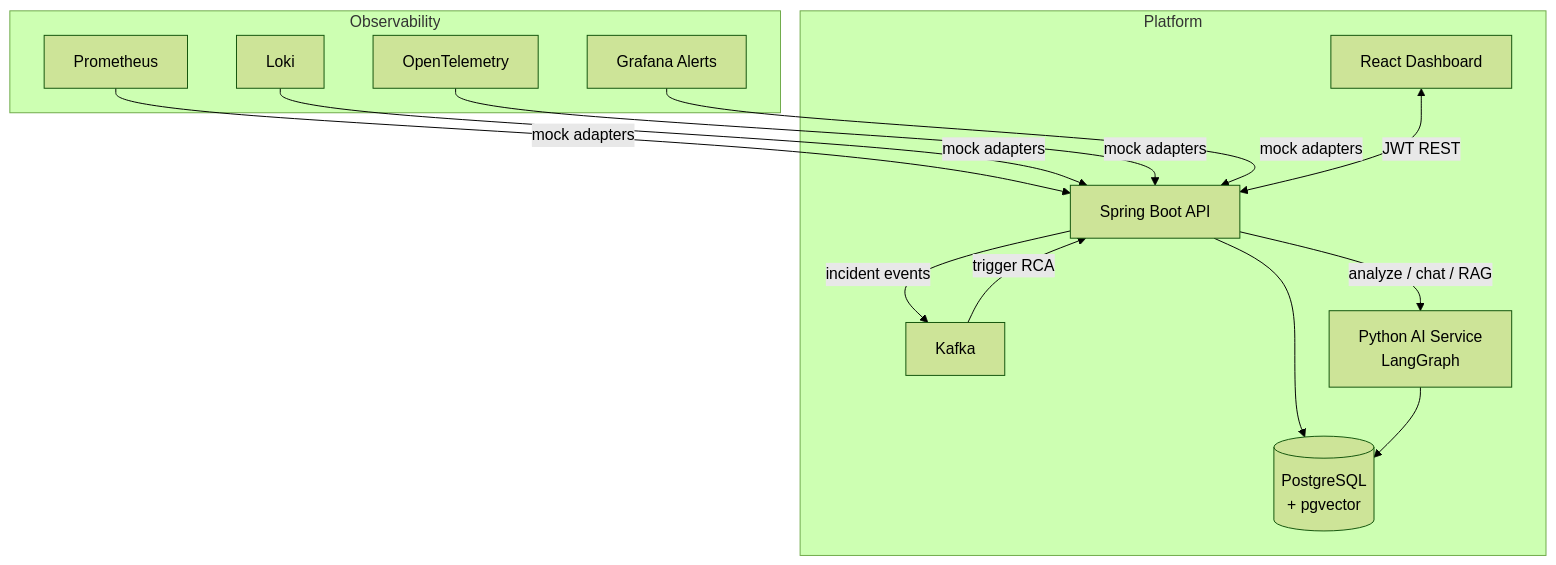
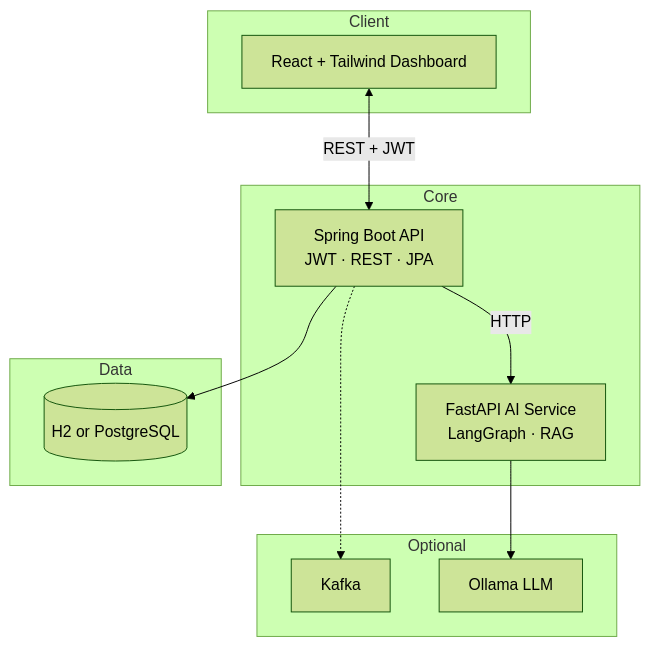
Before and after one commit to BommidiDeekshith/in-see-dent: the second of 2 diagrams in README.md, drawn with Mermaid (forest theme). The commit also changed other lines of this file and 13 other files, not shown here.

First line of the commit message:
feat: Enhance AI service with LLM integration and mock mode

````diff
--- a/README.md
+++ b/README.md
@@ -7,25 +105,26 @@
 ```mermaid
 flowchart TB
-    subgraph Observability
-        PROM[Prometheus]
-        LOKI[Loki]
-        OTEL[OpenTelemetry]
-        GRAF[Grafana Alerts]
+    subgraph Client
+        FE[React + Tailwind Dashboard]
     end
 
-    subgraph Platform
-        FE[React Dashboard]
-        BE[Spring Boot API]
-        KAFKA[Kafka]
-        AI[Python AI Service\nLangGraph]
-        PG[(PostgreSQL\n+ pgvector)]
+    subgraph Core
+        BE[Spring Boot API<br/>JWT · REST · JPA]
+        AI[FastAPI AI Service<br/>LangGraph · RAG]
     end
 
-    PROM & LOKI & OTEL & GRAF -->|mock adapters| BE
-    FE <-->|JWT REST| BE
-    BE --> PG
-    BE -->|incident events| KAFKA
-    KAFKA -->|trigger RCA| BE
-    BE -->|analyze / chat / RAG| AI
-    AI --> PG
+    subgraph Data
+        DB[(H2 or PostgreSQL)]
+    end
+
+    subgraph Optional
+        KAFKA[Kafka]
+        OLLAMA[Ollama LLM]
+    end
+
+    FE <-->|REST + JWT| BE
+    BE --> DB
+    BE -->|HTTP| AI
+    AI --> OLLAMA
+    BE -.-> KAFKA
 ```
````
